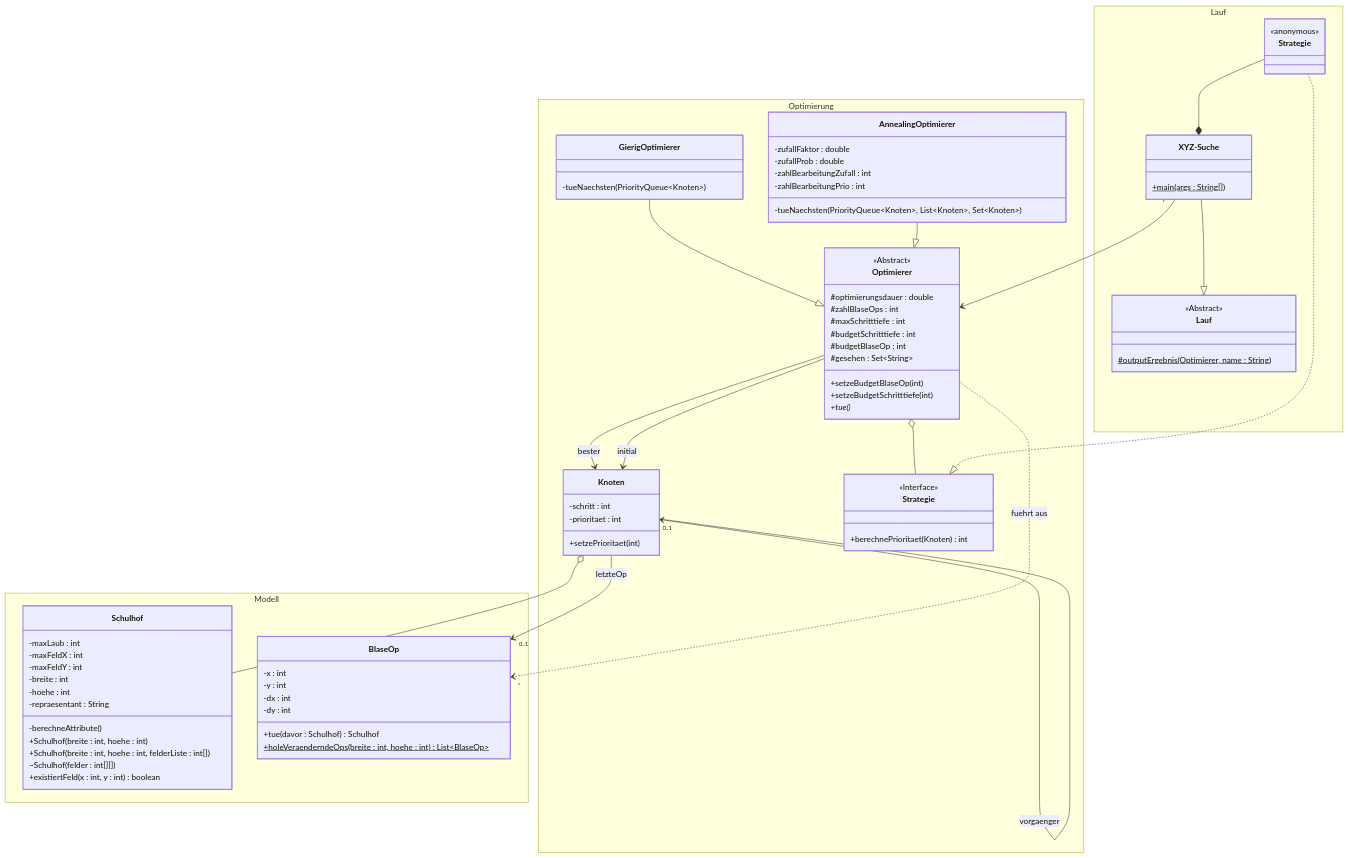
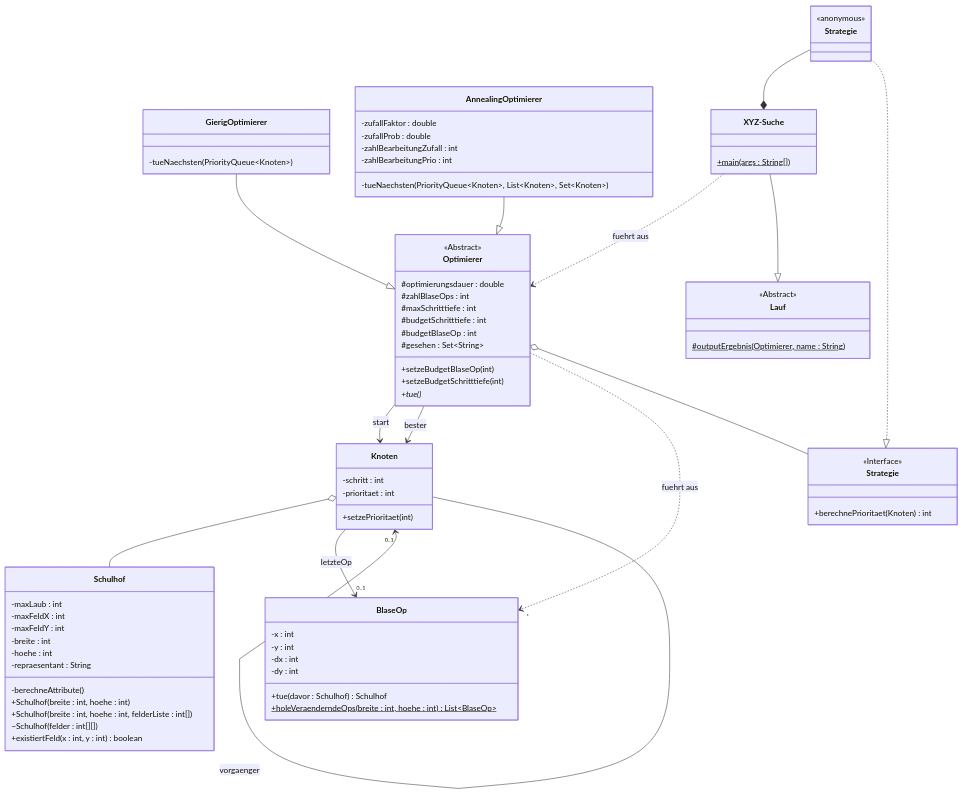
Before and after one commit to m1ngx1ao/bwinf42-2: the diagram in aufgabe1/README.md, drawn with Mermaid.

Commit message:
UML: Removed namespaces & hyphens

````diff
--- a/aufgabe1/README.md
+++ b/aufgabe1/README.md
@@ -6,85 +6,78 @@
 ``` mermaid
 classDiagram
-	namespace Modell {
-		class Schulhof {
-			-maxLaub : int
-			-maxFeldX : int
-			-maxFeldY : int
-			-breite : int
-			-hoehe : int
-			-repraesentant : String
-			-berechneAttribute()
-			+Schulhof(breite : int, hoehe : int)
-			+Schulhof(breite : int, hoehe : int, felderListe : int[])
-			~Schulhof(felder : int[][])
-			+existiertFeld(x : int, y : int) boolean
-		}
-		class BlaseOp {
-			-x : int
-			-y : int
-			-dx : int
-			-dy : int
-			+tue(davor : Schulhof) Schulhof
-			+holeVeraenderndeOps(breite : int, hoehe : int) List~BlaseOp~$
-		}
+	class Schulhof {
+		-maxLaub : int
+		-maxFeldX : int
+		-maxFeldY : int
+		-breite : int
+		-hoehe : int
+		-repraesentant : String
+		-berechneAttribute()
+		+Schulhof(breite : int, hoehe : int)
+		+Schulhof(breite : int, hoehe : int, felderListe : int[])
+		~Schulhof(felder : int[][])
+		+existiertFeld(x : int, y : int) boolean
 	}
-	namespace Optimierung {
-		class Knoten {
-			-schritt : int
-			-prioritaet : int
-			+setzePrioritaet(int)
-
-		}
-		class Optimierer {
-			<<Abstract>>
-			#optimierungsdauer : double
-			#zahlBlaseOps : int
-			#maxSchritttiefe : int
-			#budgetSchritttiefe : int
-			#budgetBlaseOp : int
-			#gesehen : Set~String~
-			+setzeBudgetBlaseOp(int)
-			+setzeBudgetSchritttiefe(int)
-			+tue()*
-		}
-		class GierigOptimierer {
-			-tueNaechsten(PriorityQueue~Knoten~)
-		}
-		class AnnealingOptimierer {
-			-zufallFaktor : double
-			-zufallProb : double
-			-zahlBearbeitungZufall : int
-			-zahlBearbeitungPrio : int
-			-tueNaechsten(PriorityQueue~Knoten~, List~Knoten~, Set~Knoten~)
-		}
-		class Strategie {
-			<<Interface>>
-			+berechnePrioritaet(Knoten) int
-		}
+	class BlaseOp {
+		-x : int
+		-y : int
+		-dx : int
+		-dy : int
+		+tue(davor : Schulhof) Schulhof
+		+holeVeraenderndeOps(breite : int, hoehe : int) List~BlaseOp~$
 	}
+	class Knoten {
+		-schritt : int
+		-prioritaet : int
+		+setzePrioritaet(int)
+	}
+	class Optimierer {
+		<<Abstract>>
+		#optimierungsdauer : double
+		#zahlBlaseOps : int
+		#maxSchritttiefe : int
+		#budgetSchritttiefe : int
+		#budgetBlaseOp : int
+		#gesehen : Set~String~
+		+setzeBudgetBlaseOp(int)
+		+setzeBudgetSchritttiefe(int)
+		+tue()*
+	}
+	class GierigOptimierer {
+		-tueNaechsten(PriorityQueue~Knoten~)
+	}
+	class AnnealingOptimierer {
+		-zufallFaktor : double
+		-zufallProb : double
+		-zahlBearbeitungZufall : int
+		-zahlBearbeitungPrio : int
+		-tueNaechsten(PriorityQueue~Knoten~, List~Knoten~, Set~Knoten~)
+	}
+	class Strategie {
+		<<Interface>>
+		+berechnePrioritaet(Knoten) int
+	}
+	Knoten o-- Schulhof
 	Knoten --> "0..1" BlaseOp : letzteOp
-	Knoten o-- Schulhof
 	Knoten "0..1" <-- Knoten : vorgaenger
+	Optimierer --> Knoten : start
 	Optimierer --> Knoten : bester
-	Optimierer --> Knoten : initial
 	Optimierer ..> "*" BlaseOp : fuehrt aus
 	GierigOptimierer --|> Optimierer
 	AnnealingOptimierer --|> Optimierer
 	Optimierer o-- Strategie
-	namespace Lauf {
-		class LaufClass["Lauf"] {
-			<<Abstract>>
-			#outputErgebnis(Optimierer, name : String)$
-		}
-		class XYZ-Suche {
-			+main(args : String[])$
-		}
-		class XYZ-Suche-anonymous["Strategie"] {
-			<<anonymous>>
-		}
+	class LaufClass["Lauf"] {
+		<<Abstract>>
+		#outputErgebnis(Optimierer, name : String)$
 	}
-	XYZ-Suche "*" --> Optimierer
-	XYZ-Suche --|> LaufClass
-	XYZ-Suche-anonymous --* XYZ-Suche
-	XYZ-Suche-anonymous ..|> Strategie
+	class XyzSuche["XYZ-Suche"] {
+		+main(args : String[])$
+	}
+	class XyzSucheAnonymous["Strategie"] {
+		<<anonymous>>
+	}
+	XyzSuche ..> Optimierer : fuehrt aus
+	XyzSuche --|> LaufClass
+	XyzSucheAnonymous --* XyzSuche
+	XyzSucheAnonymous ..|> Strategie
 ```
````
